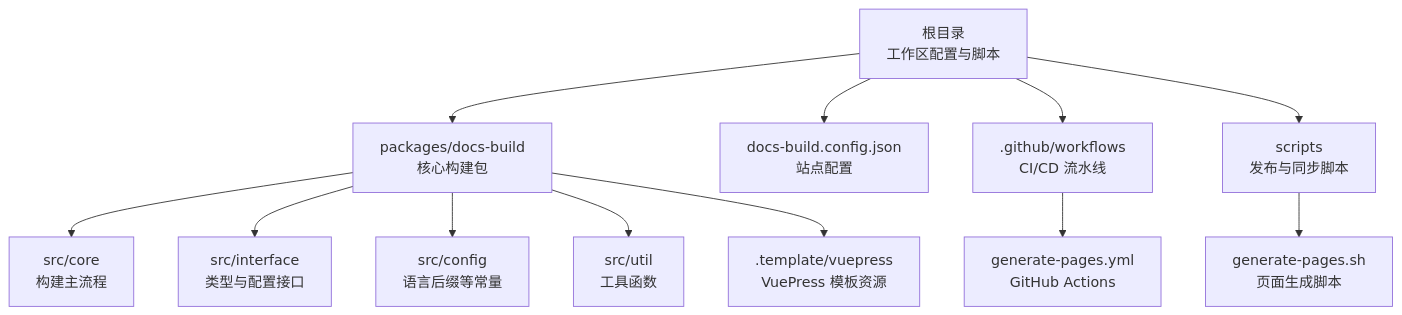
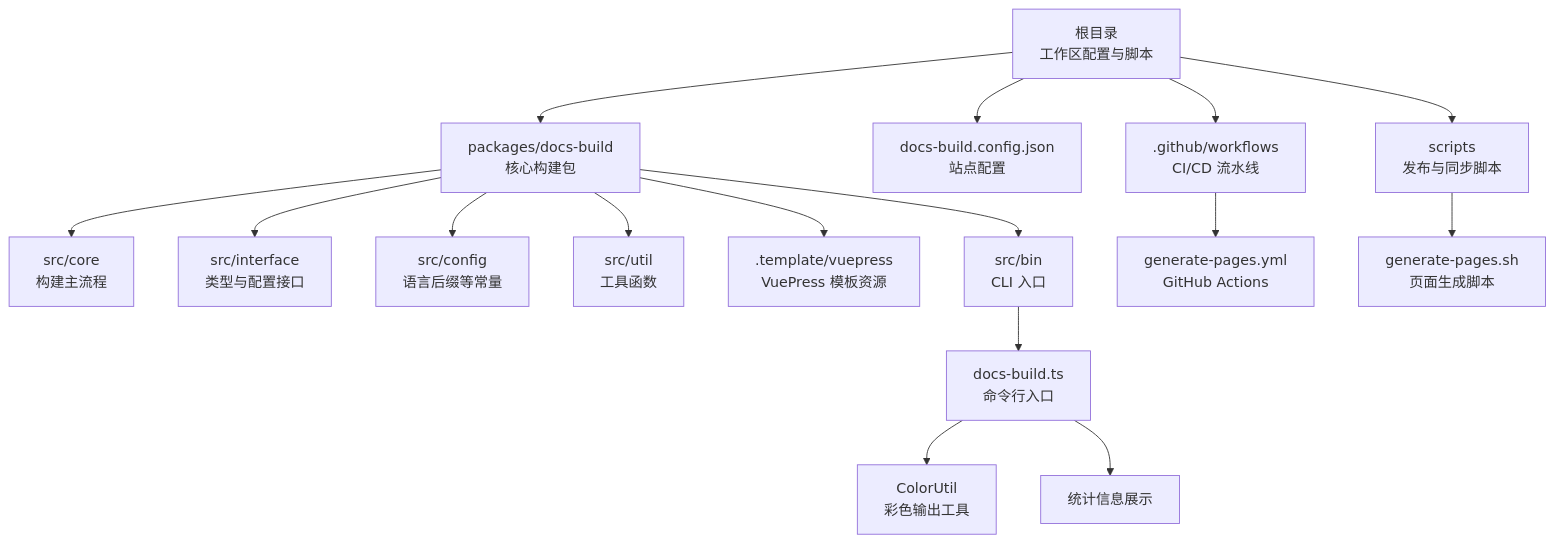
Before and after one commit to hz-9/tool-nx: the first of 9 diagrams in .qoder/repowiki/zh/content/文档构建工具(@hz-9_docs-build)/高级功能/高级功能.md, drawn with Mermaid. The commit also changed other lines of this file and 27 other files, not shown here.

````diff
--- a/.qoder/repowiki/zh/content/文档构建工具(@hz-9_docs-build)/高级功能/高级功能.md
+++ b/.qoder/repowiki/zh/content/文档构建工具(@hz-9_docs-build)/高级功能/高级功能.md
@@ -37,14 +48,18 @@
 ```mermaid
 graph TB
 A["根目录<br/>工作区配置与脚本"] --> B["packages/docs-build<br/>核心构建包"]
 A --> C["docs-build.config.json<br/>站点配置"]
 A --> D[".github/workflows<br/>CI/CD 流水线"]
 A --> E["scripts<br/>发布与同步脚本"]
 B --> B1["src/core<br/>构建主流程"]
 B --> B2["src/interface<br/>类型与配置接口"]
 B --> B3["src/config<br/>语言后缀等常量"]
 B --> B4["src/util<br/>工具函数"]
 B --> B5[".template/vuepress<br/>VuePress 模板资源"]
+B --> B6["src/bin<br/>CLI 入口"]
+B6 --> B7["docs-build.ts<br/>命令行入口"]
+B7 --> B8["ColorUtil<br/>彩色输出工具"]
+B7 --> B9["统计信息展示"]
 D --> F["generate-pages.yml<br/>GitHub Actions"]
 E --> G["generate-pages.sh<br/>页面生成脚本"]
 ```
````
